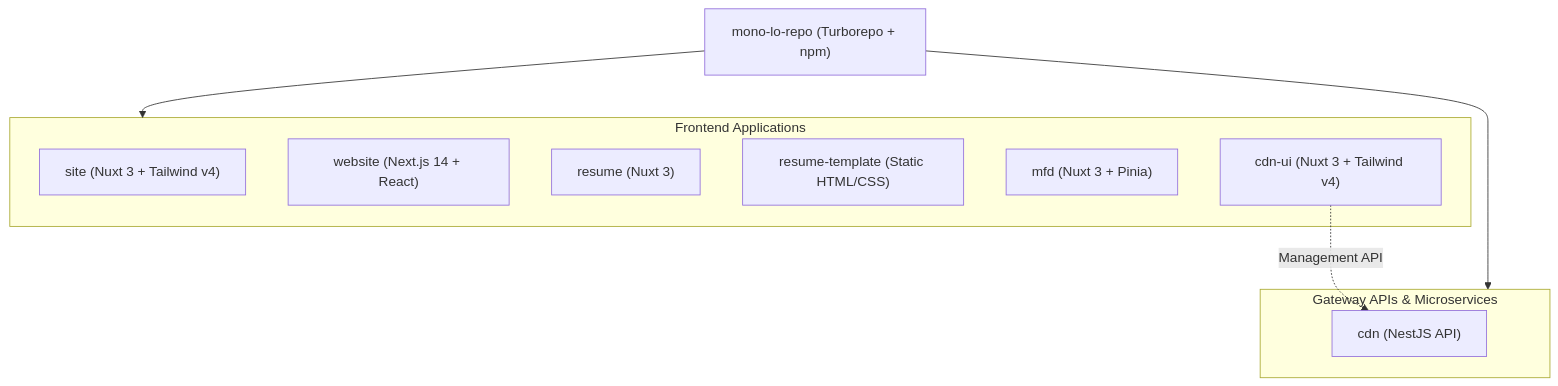
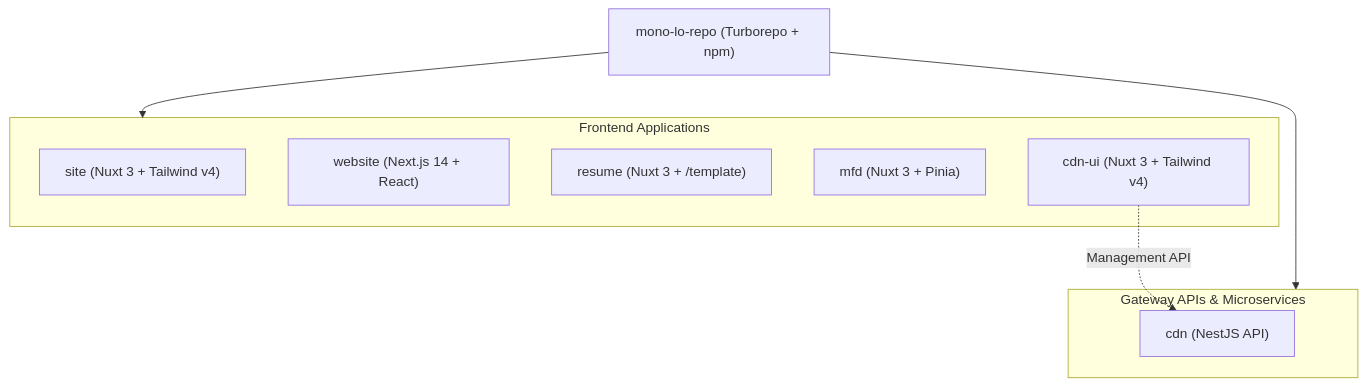
Before and after one commit to smonolo/mono-lo-repo: the diagram in README.md, drawn with Mermaid. The commit also changed other lines of this file and 5 other files, not shown here.

Commit message:
feat(resume): move template here

````diff
--- a/README.md
+++ b/README.md
@@ -33,21 +32,20 @@
 ```mermaid
 graph TD
     Root["mono-lo-repo (Turborepo + npm)"]
 
     subgraph Frontends["Frontend Applications"]
         SITE["site (Nuxt 3 + Tailwind v4)"]
         WEBSITE["website (Next.js 14 + React)"]
-        RESUME["resume (Nuxt 3)"]
-        RESUME_TEMP["resume-template (Static HTML/CSS)"]
+        RESUME["resume (Nuxt 3 + /template)"]
         MFD["mfd (Nuxt 3 + Pinia)"]
         CDN_UI["cdn-ui (Nuxt 3 + Tailwind v4)"]
     end
 
     subgraph Gateways["Gateway APIs & Microservices"]
         CDN["cdn (NestJS API)"]
     end
 
     Root --> Frontends
     Root --> Gateways
     CDN_UI -. Management API .-> CDN
 ```
````
